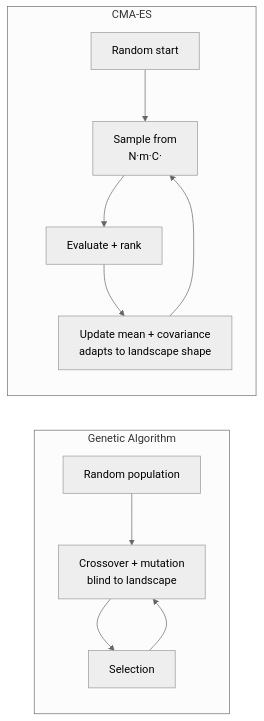
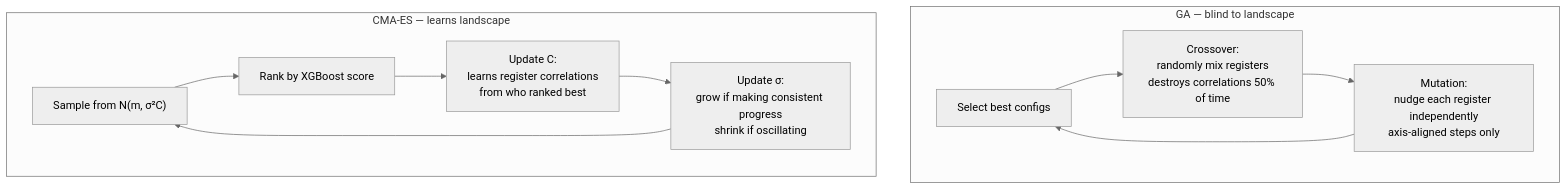
One commit to chenrimoch86/bbo-vault changed the fourth of 8 diagrams in Vault-bbo/wiki/analyses/isp-register-optimization.md. Above: the diagram before and after it, drawn with Mermaid (neutral theme). The commit also changed other lines of this file and 9 other files, not shown here.

````diff
--- a/Vault-bbo/wiki/analyses/isp-register-optimization.md
+++ b/Vault-bbo/wiki/analyses/isp-register-optimization.md
@@ -75,14 +122,14 @@
 ```mermaid
-flowchart LR
-    subgraph GA ["Genetic Algorithm"]
-        G1[Random population] --> G2[Crossover + mutation\nblind to landscape]
-        G2 --> G3[Selection]
-        G3 --> G2
+flowchart TD
+    subgraph GA ["GA — blind to landscape"]
+        G1["Select best configs"] --> G2["Crossover:<br/>randomly mix registers<br/>destroys correlations 50% of time"]
+        G2 --> G3["Mutation:<br/>nudge each register independently<br/>axis-aligned steps only"]
+        G3 --> G1
     end
-    subgraph CMA ["CMA-ES"]
-        C1[Random start] --> C2[Sample from\nN·m·C·]
-        C2 --> C3[Evaluate + rank]
-        C3 --> C4[Update mean + covariance\nadapts to landscape shape]
-        C4 --> C2
+    subgraph CMA ["CMA-ES — learns landscape"]
+        C1["Sample from N(m, σ²C)"] --> C2["Rank by XGBoost score"]
+        C2 --> C3["Update C:<br/>learns register correlations<br/>from who ranked best"]
+        C3 --> C4["Update σ:<br/>grow if making consistent progress<br/>shrink if oscillating"]
+        C4 --> C1
     end
 ```
````
